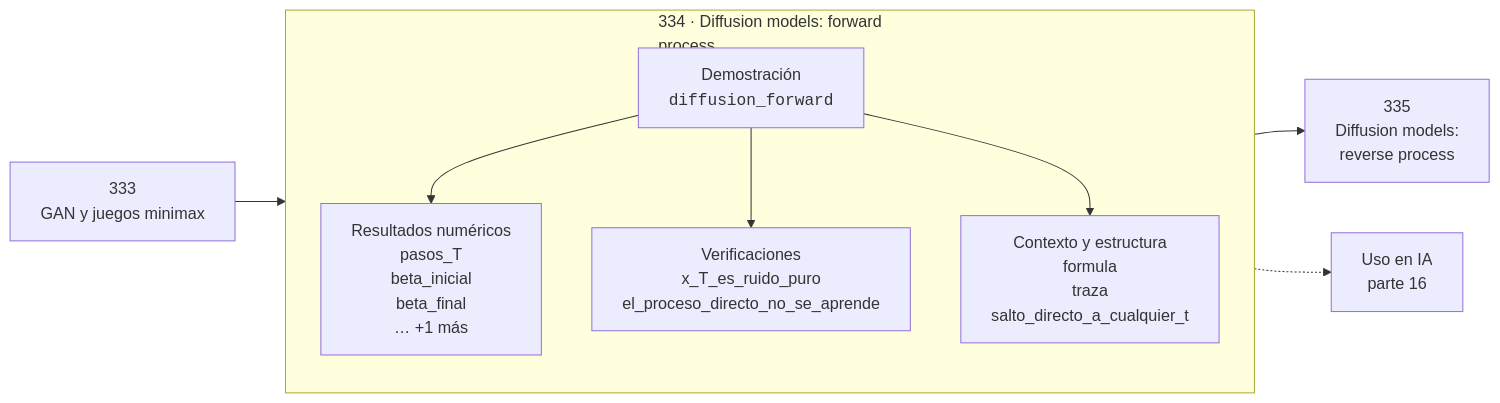
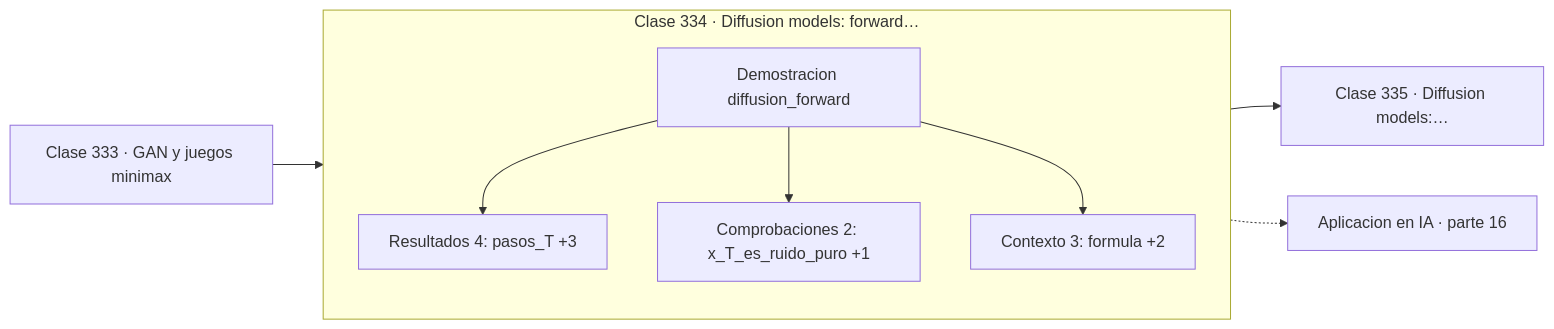
The diagram in classes/part-16-matematica-de-transformers-modelos-generativos-grafos-y-rl/334-diffusion-models-forward-process/README.md (vladimiracunadev-create/computational-mathematics-program), drawn with Mermaid before and after one commit. The commit also changed 389 other files, not shown here.

First line of the commit message:
fix(diagramas): elimina el HTML de las etiquetas Mermaid

````diff
--- a/classes/part-16-matematica-de-transformers-modelos-generativos-grafos-y-rl/334-diffusion-models-forward-process/README.md
+++ b/classes/part-16-matematica-de-transformers-modelos-generativos-grafos-y-rl/334-diffusion-models-forward-process/README.md
@@ -30,12 +30,13 @@
 ```mermaid
 flowchart LR
-    P["333<br/>GAN y juegos minimax"] --> C
-    subgraph C["334 · Diffusion models: forward<br/>process"]
+    P["Clase 333 · GAN y juegos minimax"] --> D
+    subgraph CLASE["Clase 334 · Diffusion models: forward…"]
         direction TB
-        D["Demostración<br/><code>diffusion_forward</code>"] --> R["Resultados numéricos<br/>pasos_T<br/>beta_inicial<br/>beta_final<br/>… +1 más"]
-        D --> V["Verificaciones<br/>x_T_es_ruido_puro<br/>el_proceso_directo_no_se_aprende"]
-        D --> O["Contexto y estructura<br/>formula<br/>traza<br/>salto_directo_a_cualquier_t"]
+        D["Demostracion diffusion_forward"]
+        D --> R["Resultados 4: pasos_T +3"]
+        D --> V["Comprobaciones 2: x_T_es_ruido_puro +1"]
+        D --> O["Contexto 3: formula +2"]
     end
-    C --> N["335<br/>Diffusion models:<br/>reverse process"]
-    C -.-> IA["Uso en IA<br/>parte 16"]
+    R --> N["Clase 335 · Diffusion models:…"]
+    V -.-> IA["Aplicacion en IA · parte 16"]
 ```
````
